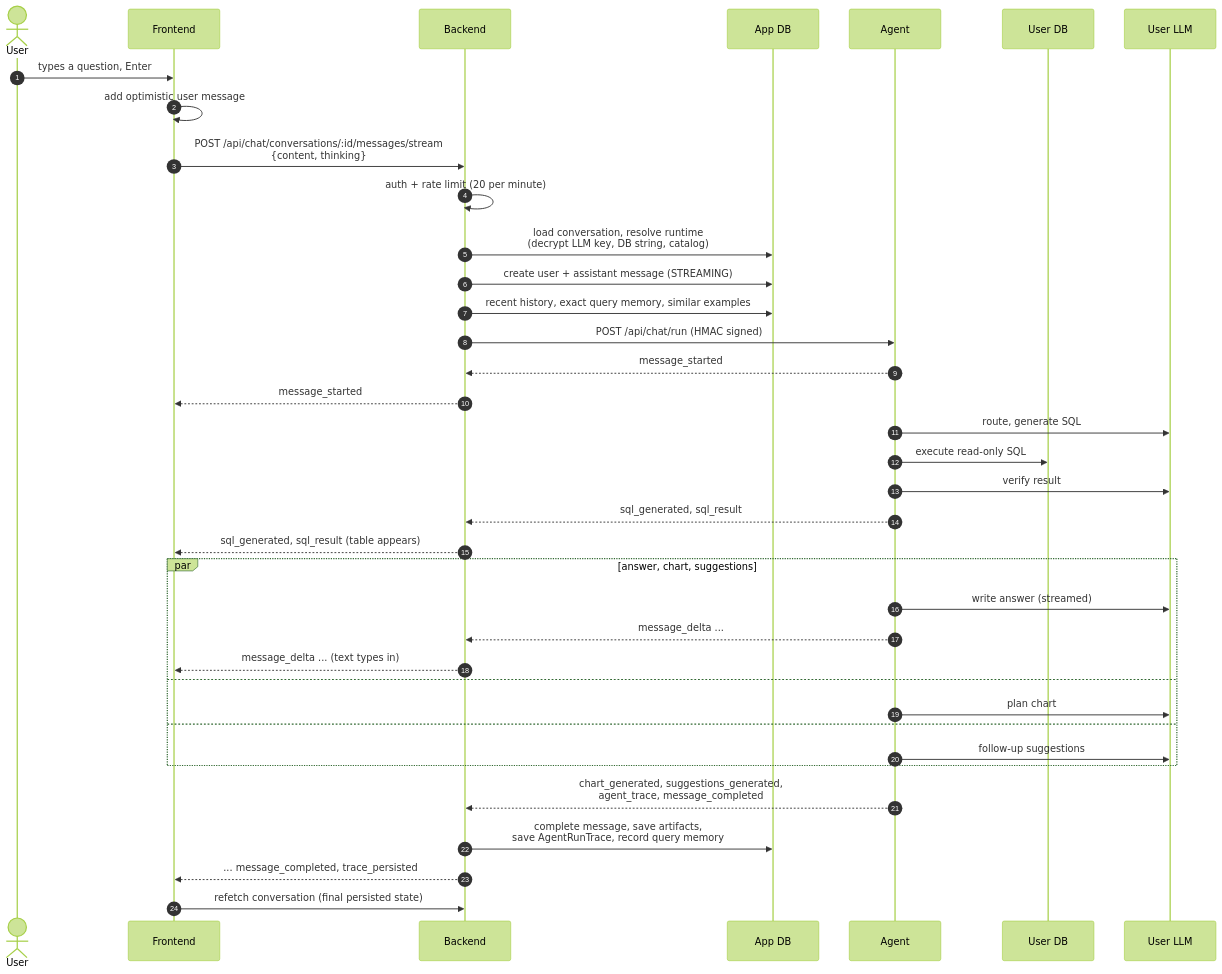
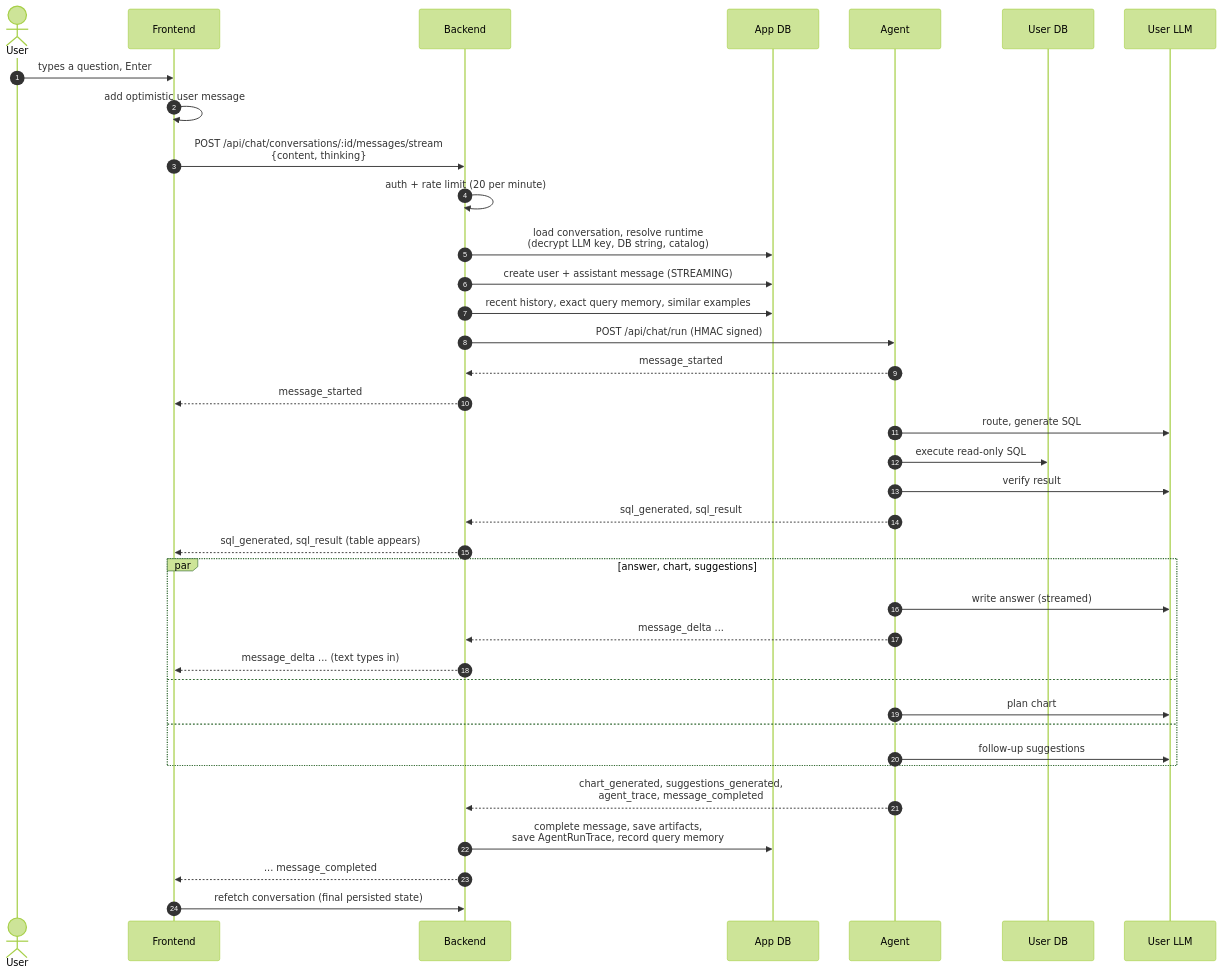
The first of 2 diagrams in docs/02-chat-request-flow.md (Kakaw-AI/.github), drawn with Mermaid (forest theme) before and after one commit. The commit also changed other lines of this file and 4 other files, not shown here.

````diff
--- a/docs/02-chat-request-flow.md
+++ b/docs/02-chat-request-flow.md
@@ -7,40 +7,40 @@
 ```mermaid
 sequenceDiagram
     autonumber
     actor U as User
     participant FE as Frontend
     participant BE as Backend
     participant DB as App DB
     participant AG as Agent
     participant UDB as User DB
     participant LLM as User LLM
 
     U->>FE: types a question, Enter
     FE->>FE: add optimistic user message
     FE->>BE: POST /api/chat/conversations/:id/messages/stream<br/>{content, thinking}
     BE->>BE: auth + rate limit (20 per minute)
     BE->>DB: load conversation, resolve runtime<br/>(decrypt LLM key, DB string, catalog)
     BE->>DB: create user + assistant message (STREAMING)
     BE->>DB: recent history, exact query memory, similar examples
     BE->>AG: POST /api/chat/run (HMAC signed)
     AG-->>BE: message_started
     BE-->>FE: message_started
     AG->>LLM: route, generate SQL
     AG->>UDB: execute read-only SQL
     AG->>LLM: verify result
     AG-->>BE: sql_generated, sql_result
     BE-->>FE: sql_generated, sql_result (table appears)
     par answer, chart, suggestions
         AG->>LLM: write answer (streamed)
         AG-->>BE: message_delta ...
         BE-->>FE: message_delta ... (text types in)
     and
         AG->>LLM: plan chart
     and
         AG->>LLM: follow-up suggestions
     end
     AG-->>BE: chart_generated, suggestions_generated,<br/>agent_trace, message_completed
     BE->>DB: complete message, save artifacts,<br/>save AgentRunTrace, record query memory
-    BE-->>FE: ... message_completed, trace_persisted
+    BE-->>FE: ... message_completed
     FE->>BE: refetch conversation (final persisted state)
 ```
````
